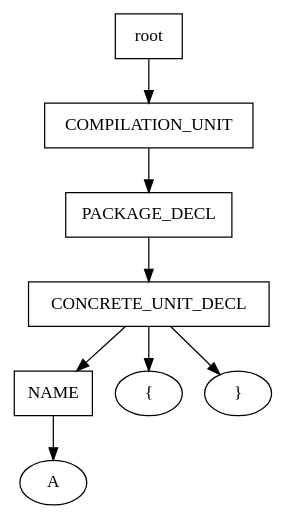
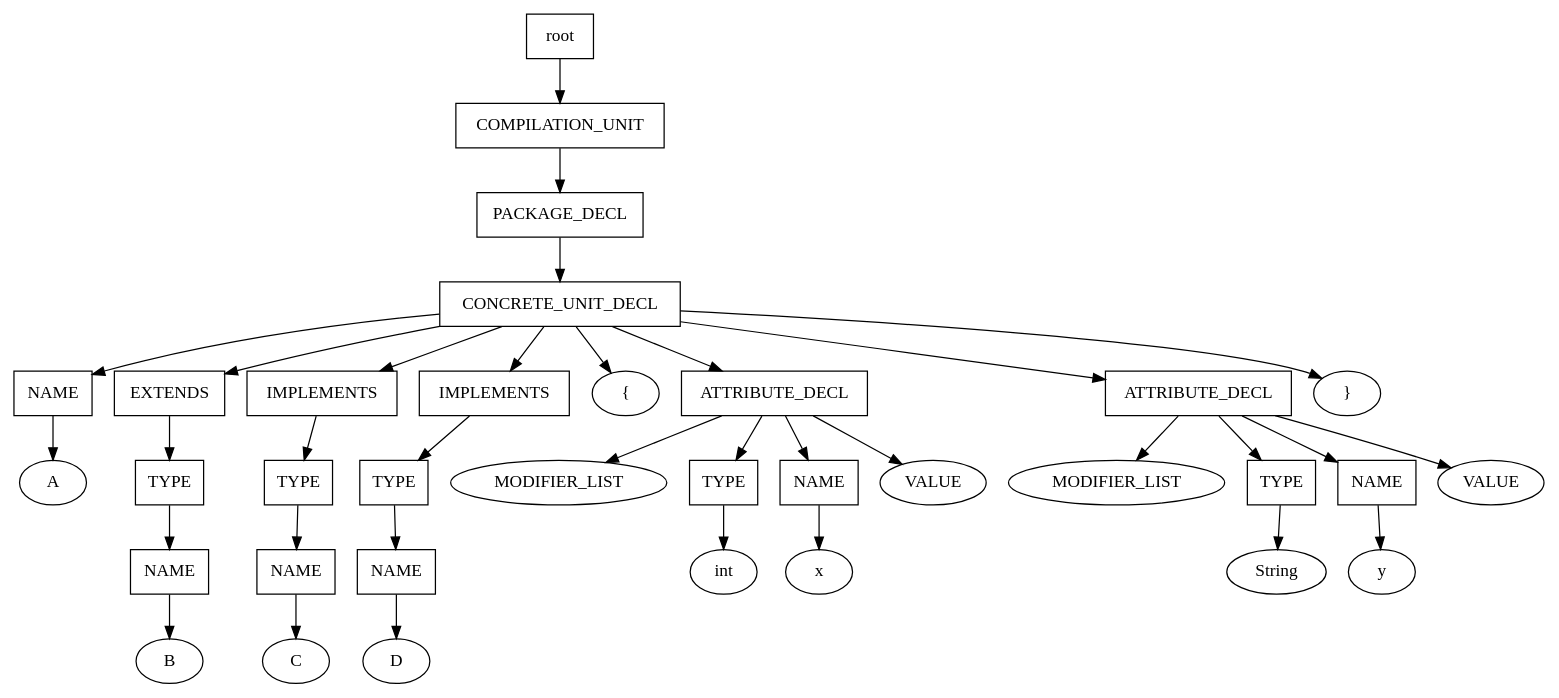
Before and after one commit to RafaelSantosBraz/AS2SCompiler: the diagram in TranslationMapInterpreter/eCST.gv, drawn with Graphviz. The commit also changed 5 other files, not shown here.

```diff
--- a/TranslationMapInterpreter/eCST.gv
+++ b/TranslationMapInterpreter/eCST.gv
@@ -1,18 +1,70 @@
 digraph G {
 	splines="TRUE";
 	n_0 [label="root", shape="rectangle"]
 	n_0 -> n_1
 	n_1 [label="COMPILATION_UNIT", shape="rectangle"]
 	n_1 -> n_2
 	n_2 [label="PACKAGE_DECL", shape="rectangle"]
 	n_2 -> n_3
 	n_3 [label="CONCRETE_UNIT_DECL", shape="rectangle"]
 	n_3 -> n_4
 	n_4 [label="NAME", shape="rectangle"]
-	n_4 -> n_7
-	n_7 [label="A", shape="ellipse"]
+	n_4 -> n_12
+	n_12 [label="A", shape="ellipse"]
 	n_3 -> n_5
-	n_5 [label="{", shape="ellipse"]
+	n_5 [label="EXTENDS", shape="rectangle"]
+	n_5 -> n_13
+	n_13 [label="TYPE", shape="rectangle"]
+	n_13 -> n_24
+	n_24 [label="NAME", shape="rectangle"]
+	n_24 -> n_31
+	n_31 [label="B", shape="ellipse"]
 	n_3 -> n_6
-	n_6 [label="}", shape="ellipse"]
+	n_6 [label="IMPLEMENTS", shape="rectangle"]
+	n_6 -> n_14
+	n_14 [label="TYPE", shape="rectangle"]
+	n_14 -> n_25
+	n_25 [label="NAME", shape="rectangle"]
+	n_25 -> n_32
+	n_32 [label="C", shape="ellipse"]
+	n_3 -> n_7
+	n_7 [label="IMPLEMENTS", shape="rectangle"]
+	n_7 -> n_15
+	n_15 [label="TYPE", shape="rectangle"]
+	n_15 -> n_26
+	n_26 [label="NAME", shape="rectangle"]
+	n_26 -> n_33
+	n_33 [label="D", shape="ellipse"]
+	n_3 -> n_8
+	n_8 [label="{", shape="ellipse"]
+	n_3 -> n_9
+	n_9 [label="ATTRIBUTE_DECL", shape="rectangle"]
+	n_9 -> n_16
+	n_16 [label="MODIFIER_LIST", shape="ellipse"]
+	n_9 -> n_17
+	n_17 [label="TYPE", shape="rectangle"]
+	n_17 -> n_27
+	n_27 [label="int", shape="ellipse"]
+	n_9 -> n_18
+	n_18 [label="NAME", shape="rectangle"]
+	n_18 -> n_28
+	n_28 [label="x", shape="ellipse"]
+	n_9 -> n_19
+	n_19 [label="VALUE", shape="ellipse"]
+	n_3 -> n_10
+	n_10 [label="ATTRIBUTE_DECL", shape="rectangle"]
+	n_10 -> n_20
+	n_20 [label="MODIFIER_LIST", shape="ellipse"]
+	n_10 -> n_21
+	n_21 [label="TYPE", shape="rectangle"]
+	n_21 -> n_29
+	n_29 [label="String", shape="ellipse"]
+	n_10 -> n_22
+	n_22 [label="NAME", shape="rectangle"]
+	n_22 -> n_30
+	n_30 [label="y", shape="ellipse"]
+	n_10 -> n_23
+	n_23 [label="VALUE", shape="ellipse"]
+	n_3 -> n_11
+	n_11 [label="}", shape="ellipse"]
 }
```
